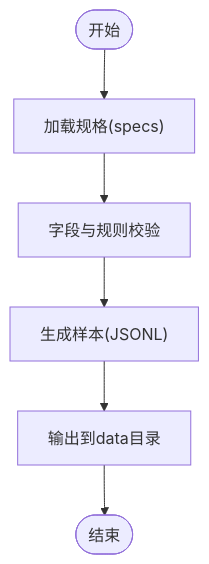
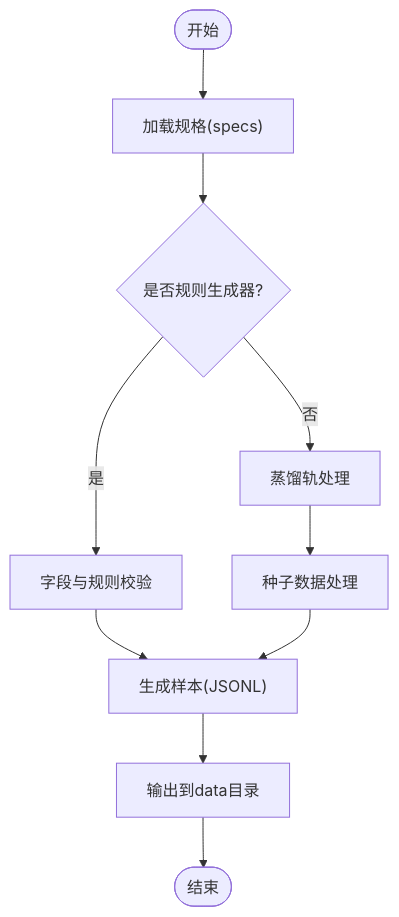
Before and after one commit to joezxh/kev: the sixth of 7 diagrams in .qoder/repowiki/zh/content/训练框架/数据准备/医疗数据格式规范.md, drawn with Mermaid. The commit also changed other lines of this file and 220 other files, not shown here.

````diff
--- a/.qoder/repowiki/zh/content/训练框架/数据准备/医疗数据格式规范.md
+++ b/.qoder/repowiki/zh/content/训练框架/数据准备/医疗数据格式规范.md
@@ -222,8 +259,12 @@
 ```mermaid
 flowchart TD
 Start(["开始"]) --> LoadSpec["加载规格(specs)"]
-LoadSpec --> Validate["字段与规则校验"]
+LoadSpec --> CheckType{"是否规则生成器?"}
+CheckType --> |是| Validate["字段与规则校验"]
+CheckType --> |否| Distill["蒸馏轨处理"]
 Validate --> Generate["生成样本(JSONL)"]
+Distill --> SeedProcess["种子数据处理"]
+SeedProcess --> Generate
 Generate --> Output["输出到data目录"]
 Output --> End(["结束"])
 ```
````
